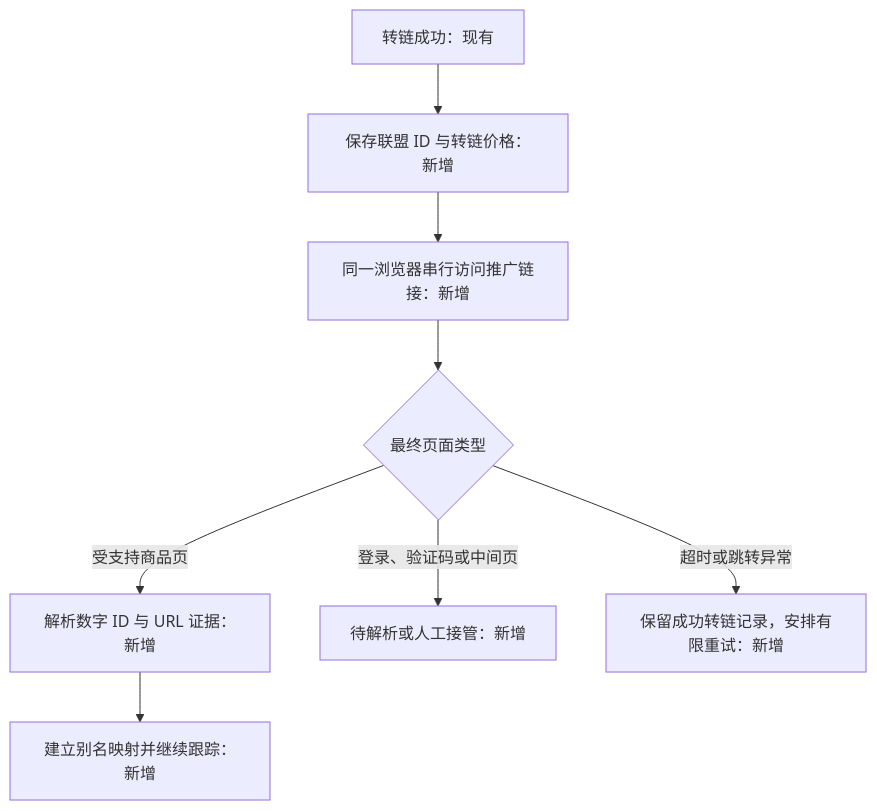
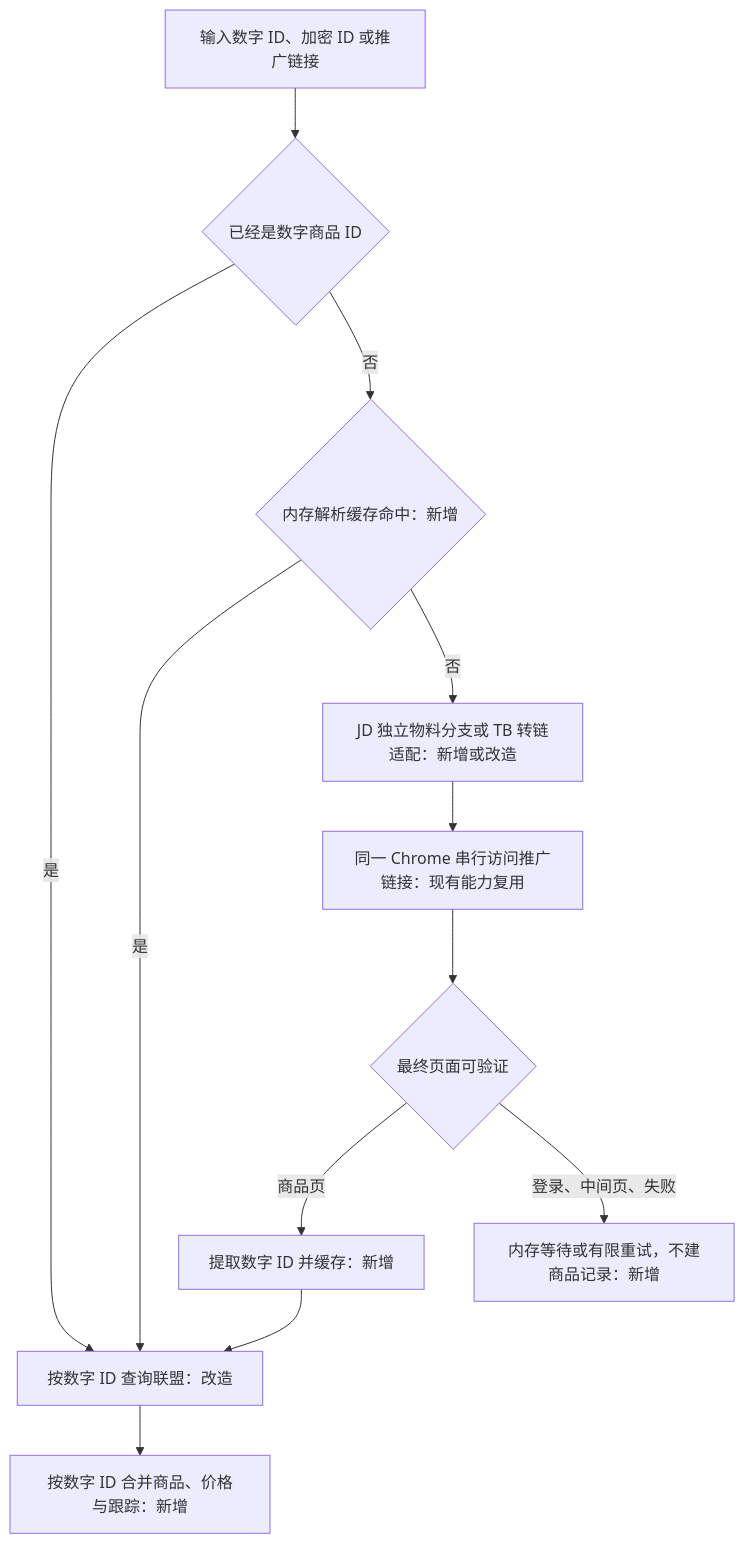
Before and after one commit to RockyLOMO/rx-mimic: the diagram in docs/plan/union-product-price-watch-plan-2026-10-21.md, drawn with Mermaid. The commit also changed other lines of this file and 57 other files, not shown here.

````diff
--- a/docs/plan/union-product-price-watch-plan-2026-10-21.md
+++ b/docs/plan/union-product-price-watch-plan-2026-10-21.md
@@ -98,10 +108,14 @@
 ```mermaid
 flowchart TD
-  A[转链成功：现有] --> B[保存联盟 ID 与转链价格：新增]
-  B --> C[同一浏览器串行访问推广链接：新增]
-  C --> D{最终页面类型}
-  D -->|受支持商品页| E[解析数字 ID 与 URL 证据：新增]
-  D -->|登录、验证码或中间页| F[待解析或人工接管：新增]
-  D -->|超时或跳转异常| G[保留成功转链记录，安排有限重试：新增]
-  E --> H[建立别名映射并继续跟踪：新增]
+  A[输入数字 ID、加密 ID 或推广链接] --> B{已经是数字商品 ID}
+  B -->|是| F[按数字 ID 查询联盟：改造]
+  B -->|否| C{内存解析缓存命中：新增}
+  C -->|是| F
+  C -->|否| D[JD 独立物料分支或 TB 转链适配：新增或改造]
+  D --> E[同一 Chrome 串行访问推广链接：现有能力复用]
+  E --> G{最终页面可验证}
+  G -->|商品页| H[提取数字 ID 并缓存：新增]
+  H --> F
+  G -->|登录、中间页、失败| I[内存等待或有限重试，不建商品记录：新增]
+  F --> J[按数字 ID 合并商品、价格与跟踪：新增]
 ```
````
